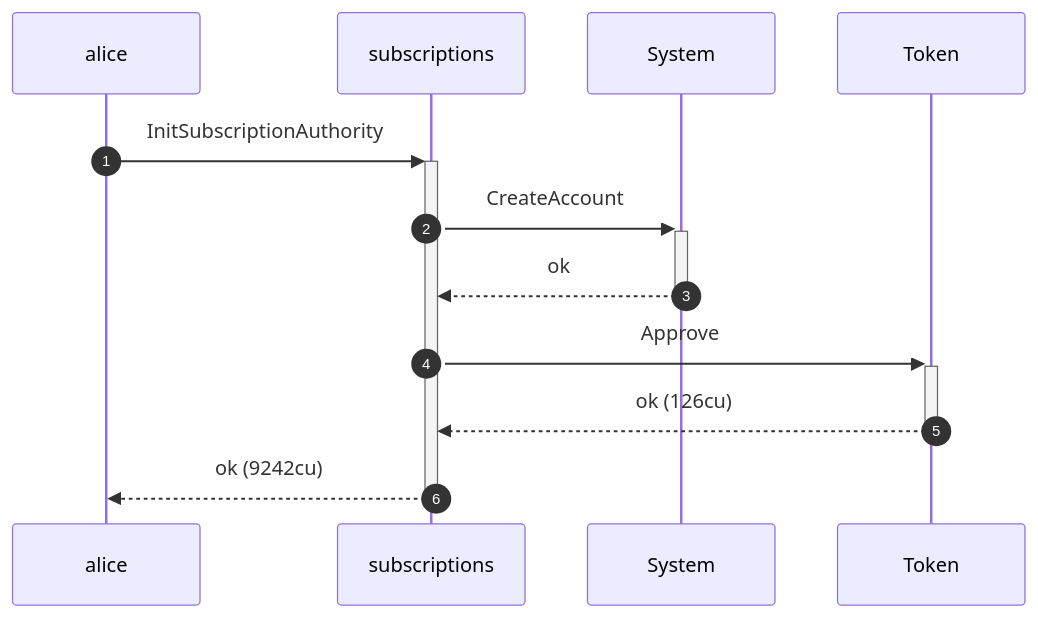
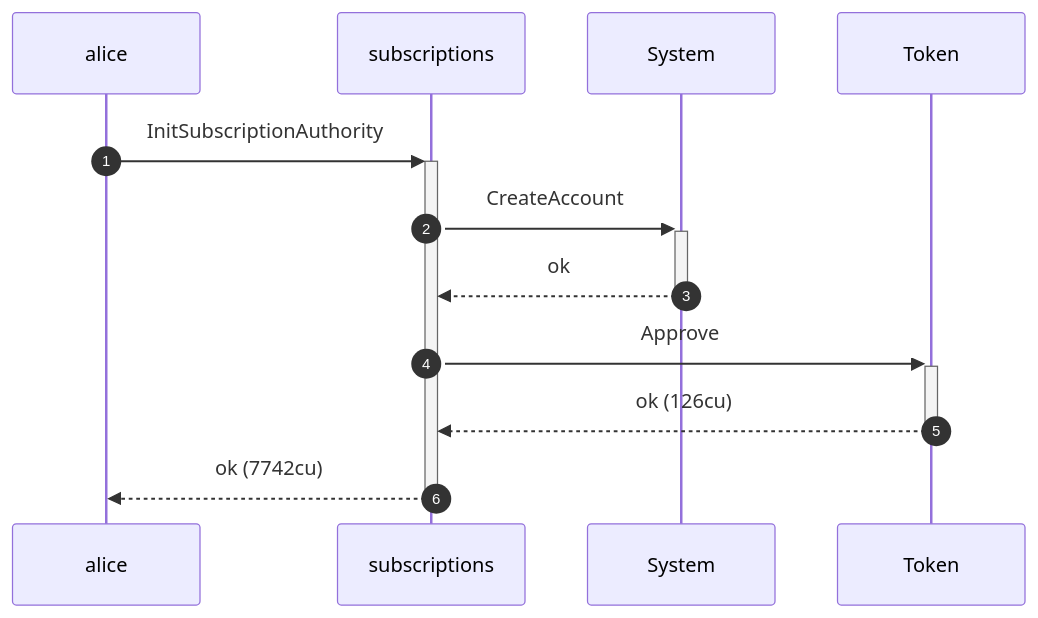
The second of 4 diagrams in dsl_tests/reject-a-recurring-delegation-with-a-zero-period.md (cds-rs/subscriptions), drawn with Mermaid before and after one commit. The commit also changed other lines of this file and 224 other files, not shown here.

````diff
--- a/dsl_tests/reject-a-recurring-delegation-with-a-zero-period.md
+++ b/dsl_tests/reject-a-recurring-delegation-with-a-zero-period.md
@@ -38,14 +39,14 @@
 ```mermaid
 sequenceDiagram
     autonumber
     participant alice
     participant subscriptions
     participant System
     participant Token
     alice ->>+ subscriptions: InitSubscriptionAuthority
     subscriptions ->>+ System: CreateAccount
     System -->>- subscriptions: ok
     subscriptions ->>+ Token: Approve
     Token -->>- subscriptions: ok (126cu)
-    subscriptions -->>- alice: ok (9242cu)
+    subscriptions -->>- alice: ok (7742cu)
 ```
````
